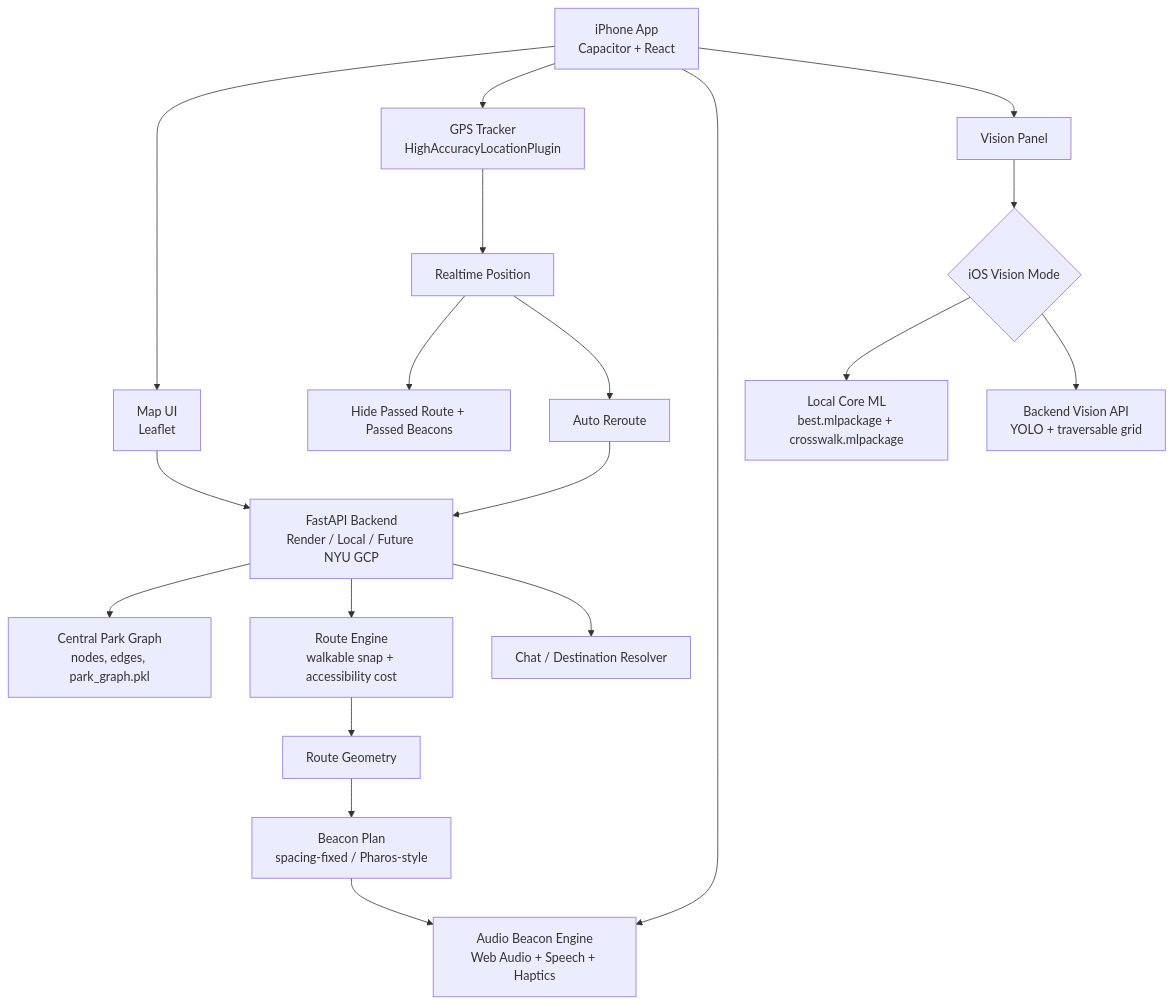
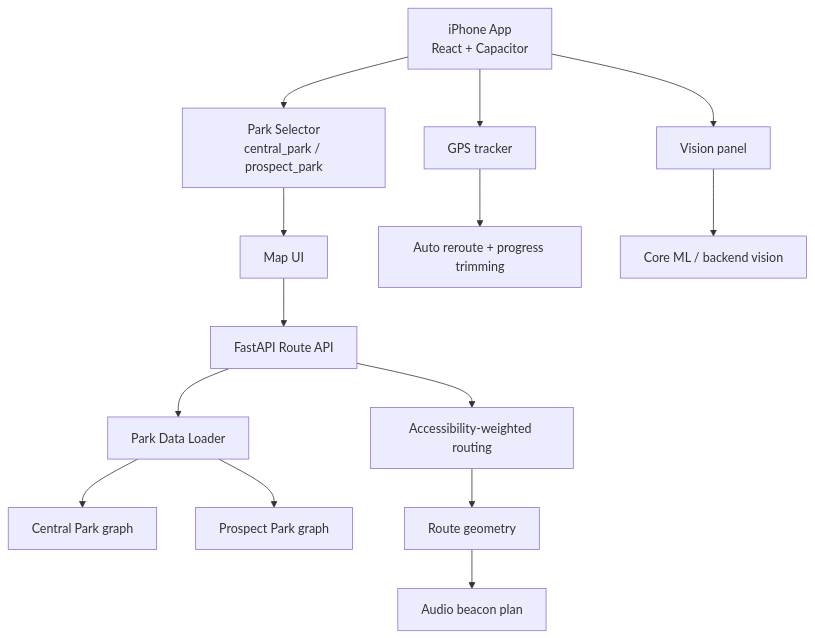
One commit to stschris-0911/central-park-website-ai-upgrade changed the diagram in README.md. Above: the diagram before and after it, drawn with Mermaid. The commit also changed other lines of this file and 34 other files, not shown here.

````diff
--- a/README.md
+++ b/README.md
@@ -30,24 +35,16 @@
 ```mermaid
 flowchart TD
-    A[iPhone App<br/>Capacitor + React] --> B[Map UI<br/>Leaflet]
-    A --> C[GPS Tracker<br/>HighAccuracyLocationPlugin]
-    A --> D[Audio Beacon Engine<br/>Web Audio + Speech + Haptics]
-    A --> E[Vision Panel]
-
-    B --> F[FastAPI Backend<br/>Render / Local / Future NYU GCP]
-    F --> G[Central Park Graph<br/>nodes, edges, park_graph.pkl]
-    F --> H[Route Engine<br/>walkable snap + accessibility cost]
-    F --> I[Chat / Destination Resolver]
-
-    E --> J{iOS Vision Mode}
-    J --> K[Local Core ML<br/>best.mlpackage + crosswalk.mlpackage]
-    J --> L[Backend Vision API<br/>YOLO + traversable grid]
-
-    H --> M[Route Geometry]
-    M --> N[Beacon Plan<br/>spacing-fixed / Pharos-style]
-    N --> D
-    C --> O[Realtime Position]
-    O --> P[Hide Passed Route + Passed Beacons]
-    O --> Q[Auto Reroute]
-    Q --> F
+    A["iPhone App<br/>React + Capacitor"] --> B["Park Selector<br/>central_park / prospect_park"]
+    B --> C["Map UI"]
+    C --> D["FastAPI Route API"]
+    D --> E["Park Data Loader"]
+    E --> F["Central Park graph"]
+    E --> G["Prospect Park graph"]
+    D --> H["Accessibility-weighted routing"]
+    H --> I["Route geometry"]
+    I --> J["Audio beacon plan"]
+    A --> K["GPS tracker"]
+    K --> L["Auto reroute + progress trimming"]
+    A --> M["Vision panel"]
+    M --> N["Core ML / backend vision"]
 ```
````
